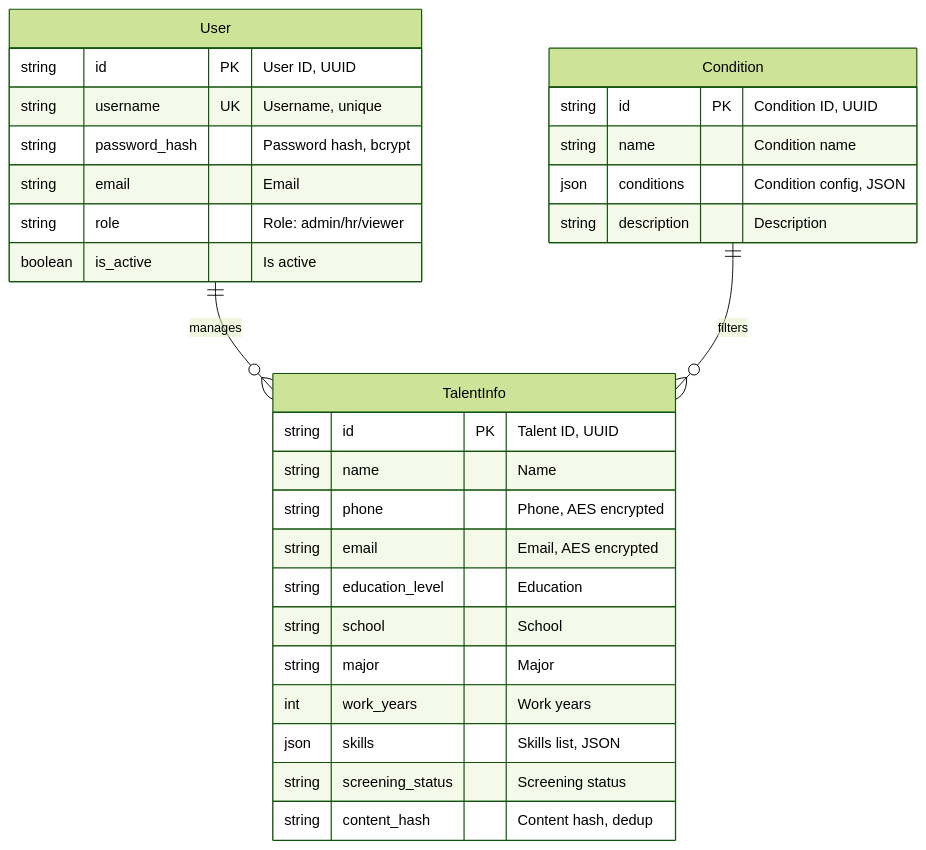
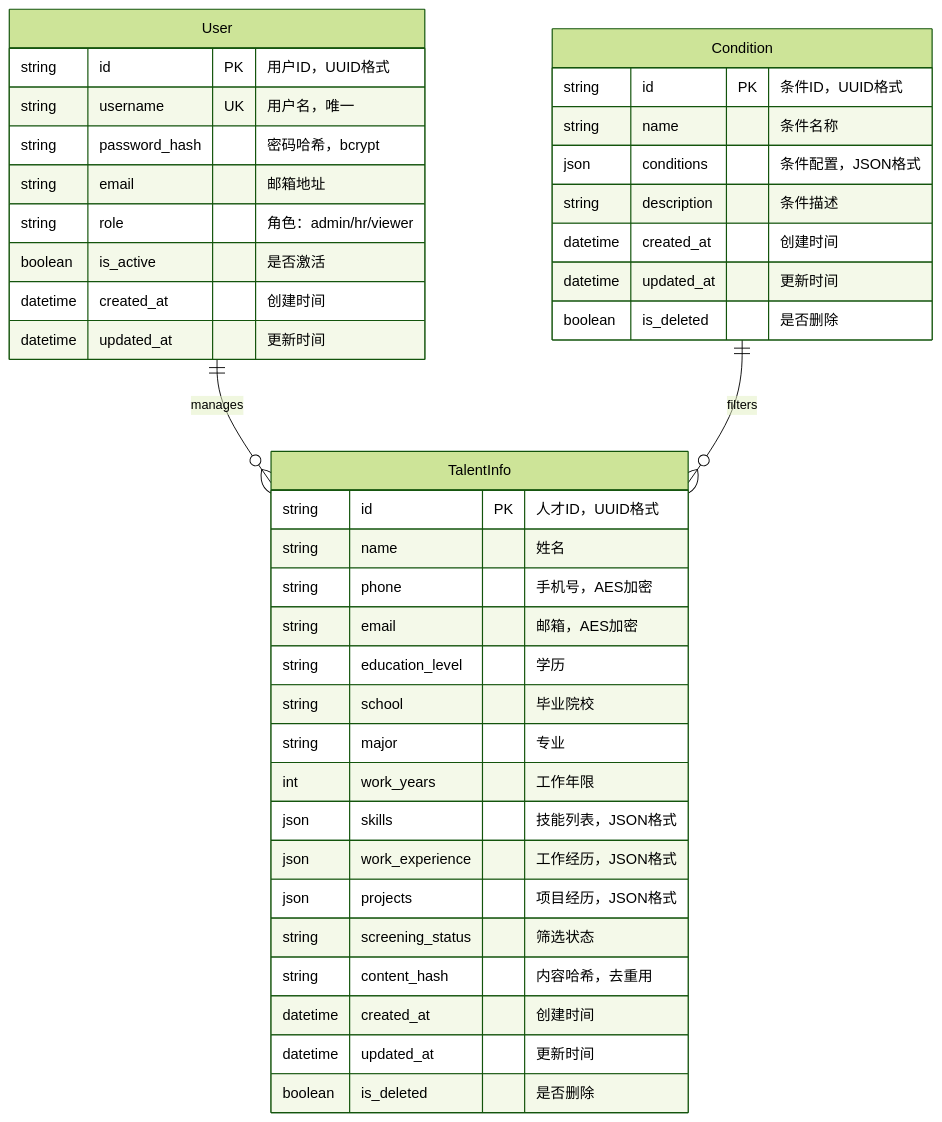
The eighth of 11 diagrams in README.md (xt765/ResumeScreening), drawn with Mermaid (forest theme) before and after one commit. The commit also changed other lines of this file and 26 other files, not shown here.

````diff
--- a/README.md
+++ b/README.md
@@ -256,35 +397,45 @@
 ```mermaid
 erDiagram
     User ||--o{ TalentInfo : manages
     Condition ||--o{ TalentInfo : filters
     
     User {
-        string id PK "User ID, UUID"
-        string username UK "Username, unique"
-        string password_hash "Password hash, bcrypt"
-        string email "Email"
-        string role "Role: admin/hr/viewer"
-        boolean is_active "Is active"
+        string id PK "用户ID，UUID格式"
+        string username UK "用户名，唯一"
+        string password_hash "密码哈希，bcrypt"
+        string email "邮箱地址"
+        string role "角色：admin/hr/viewer"
+        boolean is_active "是否激活"
+        datetime created_at "创建时间"
+        datetime updated_at "更新时间"
     }
     
     TalentInfo {
-        string id PK "Talent ID, UUID"
-        string name "Name"
-        string phone "Phone, AES encrypted"
-        string email "Email, AES encrypted"
-        string education_level "Education"
-        string school "School"
-        string major "Major"
-        int work_years "Work years"
-        json skills "Skills list, JSON"
-        string screening_status "Screening status"
-        string content_hash "Content hash, dedup"
+        string id PK "人才ID，UUID格式"
+        string name "姓名"
+        string phone "手机号，AES加密"
+        string email "邮箱，AES加密"
+        string education_level "学历"
+        string school "毕业院校"
+        string major "专业"
+        int work_years "工作年限"
+        json skills "技能列表，JSON格式"
+        json work_experience "工作经历，JSON格式"
+        json projects "项目经历，JSON格式"
+        string screening_status "筛选状态"
+        string content_hash "内容哈希，去重用"
+        datetime created_at "创建时间"
+        datetime updated_at "更新时间"
+        boolean is_deleted "是否删除"
     }
     
     Condition {
-        string id PK "Condition ID, UUID"
-        string name "Condition name"
-        json conditions "Condition config, JSON"
-        string description "Description"
+        string id PK "条件ID，UUID格式"
+        string name "条件名称"
+        json conditions "条件配置，JSON格式"
+        string description "条件描述"
+        datetime created_at "创建时间"
+        datetime updated_at "更新时间"
+        boolean is_deleted "是否删除"
     }
 ```
````
